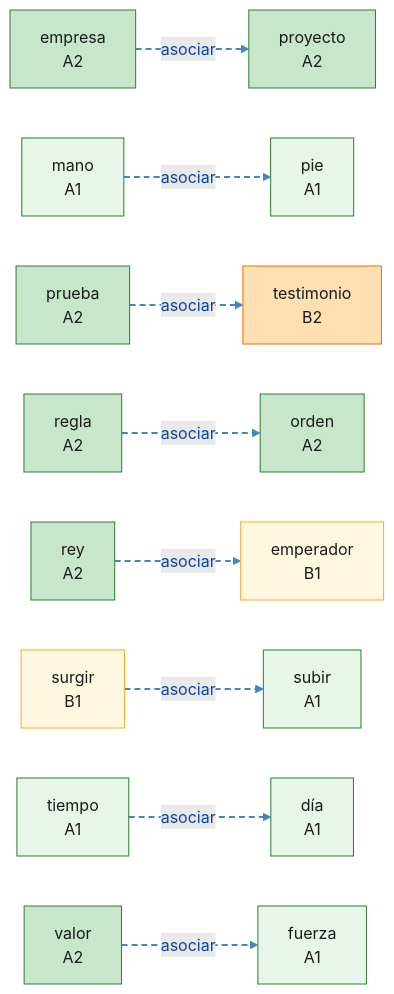
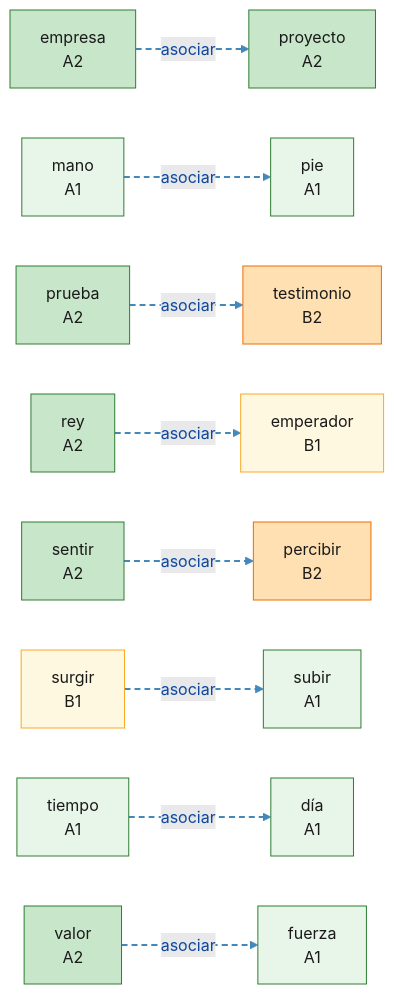
One commit to auding1900/es-raiz-vocab changed the diagram in mindmaps/asociar_m-z-2-3.md. Above: the diagram before and after it, drawn with Mermaid. The commit also changed other lines of this file and 28 other files, not shown here.

First line of the commit message:
feat(data): 新增 C5 词根导图：cern,discrim,select,elect,opt,arbit,scrut

````diff
--- a/mindmaps/asociar_m-z-2-3.md
+++ b/mindmaps/asociar_m-z-2-3.md
@@ -8,59 +8,59 @@
 ```mermaid
 graph LR
   W_dia["día<br/>A1"]:::lvlA1
   W_emperador["emperador<br/>B1"]:::lvlB1
   W_empresa["empresa<br/>A2"]:::lvlA2
   W_fuerza["fuerza<br/>A1"]:::lvlA1
   W_mano["mano<br/>A1"]:::lvlA1
-  W_orden["orden<br/>A2"]:::lvlA2
+  W_percibir["percibir<br/>B2"]:::lvlB2
   W_pie["pie<br/>A1"]:::lvlA1
   W_proyecto["proyecto<br/>A2"]:::lvlA2
   W_prueba["prueba<br/>A2"]:::lvlA2
-  W_regla["regla<br/>A2"]:::lvlA2
   W_rey["rey<br/>A2"]:::lvlA2
+  W_sentir["sentir<br/>A2"]:::lvlA2
   W_subir["subir<br/>A1"]:::lvlA1
   W_surgir["surgir<br/>B1"]:::lvlB1
   W_testimonio["testimonio<br/>B2"]:::lvlB2
   W_tiempo["tiempo<br/>A1"]:::lvlA1
   W_valor["valor<br/>A2"]:::lvlA2
+  W_sentir -.->|asociar| W_percibir
   W_mano -.->|asociar| W_pie
   W_tiempo -.->|asociar| W_dia
   W_empresa -.->|asociar| W_proyecto
   W_surgir -.->|asociar| W_subir
   W_valor -.->|asociar| W_fuerza
   W_prueba -.->|asociar| W_testimonio
   W_rey -.->|asociar| W_emperador
-  W_regla -.->|asociar| W_orden
   linkStyle 0 stroke:#4488bb,stroke-width:2px,stroke-dasharray:6 4
   linkStyle 1 stroke:#4488bb,stroke-width:2px,stroke-dasharray:6 4
   linkStyle 2 stroke:#4488bb,stroke-width:2px,stroke-dasharray:6 4
   linkStyle 3 stroke:#4488bb,stroke-width:2px,stroke-dasharray:6 4
   linkStyle 4 stroke:#4488bb,stroke-width:2px,stroke-dasharray:6 4
   linkStyle 5 stroke:#4488bb,stroke-width:2px,stroke-dasharray:6 4
   linkStyle 6 stroke:#4488bb,stroke-width:2px,stroke-dasharray:6 4
   linkStyle 7 stroke:#4488bb,stroke-width:2px,stroke-dasharray:6 4
   classDef root fill:#bbdefb,stroke:#1565c0,stroke-width:2px,color:#0d47a1
   classDef lvlA1 fill:#e8f5e9,stroke:#2e7d32,color:#1a1a1a
   classDef lvlA2 fill:#c8e6c9,stroke:#2e7d32,color:#1a1a1a
   classDef lvlB1 fill:#fff8e1,stroke:#f9a825,color:#1a1a1a
   classDef lvlB2 fill:#ffe0b2,stroke:#ef6c00,color:#1a1a1a
   classDef lvlC1 fill:#ffccbc,stroke:#d84315,color:#1a1a1a
   classDef lvlC2 fill:#ffcdd2,stroke:#b71c1c,color:#1a1a1a
   classDef lvlNA fill:#f5f5f5,stroke:#9e9e9e,color:#424242
   click W_dia "https://www.doubao.com/chat?q=%E8%A5%BF%E7%8F%AD%E7%89%99%E8%AF%ADd%C3%ADa%EF%BC%8C%E8%AF%8D%E6%A0%B9dies%EF%BC%8C%E8%A7%A3%E9%87%8A%E8%AF%8D%E4%B9%89%E3%80%81DELE%E7%AD%89%E7%BA%A7%E3%80%81%E8%AF%AD%E4%BD%93%E3%80%81%E5%B8%B8%E7%94%A8%E6%90%AD%E9%85%8D%E3%80%81%E8%BF%91%E4%B9%89%E8%AF%8D%E8%BE%A8%E6%9E%90%EF%BC%8C%E5%B9%B6%E4%B8%94%E7%BB%992%E6%9D%A1%E6%9D%A5%E8%87%AA%E5%85%AC%E7%89%88%E8%A5%BF%E8%AF%AD%E6%96%87%E6%9C%AC%EF%BC%88Wikisource%2F%E5%8F%A4%E7%99%BB%E5%A0%A1%EF%BC%89%E7%9A%84%E8%87%AA%E7%84%B6%E4%BE%8B%E5%8F%A5%EF%BC%8C%E4%BE%8B%E5%8F%A5%E4%BC%98%E5%85%88%E9%80%89%E7%94%A8%E7%8E%B0%E4%BB%A3%E6%A0%87%E5%87%86%E8%A5%BF%E7%8F%AD%E7%89%99%E8%AF%AD%EF%BC%8C%E5%8F%A4%E4%BD%93%E4%BE%8B%E5%8F%A5%E6%A0%87%E6%B3%A8%E3%80%90arca%C3%ADsmo%E3%80%91" "豆包查询：día" _blank
   click W_emperador "https://www.doubao.com/chat?q=%E8%A5%BF%E7%8F%AD%E7%89%99%E8%AF%ADemperador%EF%BC%8C%E8%AF%8D%E6%A0%B9imper%EF%BC%8C%E8%A7%A3%E9%87%8A%E8%AF%8D%E4%B9%89%E3%80%81DELE%E7%AD%89%E7%BA%A7%E3%80%81%E8%AF%AD%E4%BD%93%E3%80%81%E5%B8%B8%E7%94%A8%E6%90%AD%E9%85%8D%E3%80%81%E8%BF%91%E4%B9%89%E8%AF%8D%E8%BE%A8%E6%9E%90%EF%BC%8C%E5%B9%B6%E4%B8%94%E7%BB%992%E6%9D%A1%E6%9D%A5%E8%87%AA%E5%85%AC%E7%89%88%E8%A5%BF%E8%AF%AD%E6%96%87%E6%9C%AC%EF%BC%88Wikisource%2F%E5%8F%A4%E7%99%BB%E5%A0%A1%EF%BC%89%E7%9A%84%E8%87%AA%E7%84%B6%E4%BE%8B%E5%8F%A5%EF%BC%8C%E4%BE%8B%E5%8F%A5%E4%BC%98%E5%85%88%E9%80%89%E7%94%A8%E7%8E%B0%E4%BB%A3%E6%A0%87%E5%87%86%E8%A5%BF%E7%8F%AD%E7%89%99%E8%AF%AD%EF%BC%8C%E5%8F%A4%E4%BD%93%E4%BE%8B%E5%8F%A5%E6%A0%87%E6%B3%A8%E3%80%90arca%C3%ADsmo%E3%80%91" "豆包查询：emperador" _blank
   click W_empresa "https://www.doubao.com/chat?q=%E8%A5%BF%E7%8F%AD%E7%89%99%E8%AF%ADempresa%EF%BC%8C%E8%AF%8D%E6%A0%B9prehend%EF%BC%8C%E8%A7%A3%E9%87%8A%E8%AF%8D%E4%B9%89%E3%80%81DELE%E7%AD%89%E7%BA%A7%E3%80%81%E8%AF%AD%E4%BD%93%E3%80%81%E5%B8%B8%E7%94%A8%E6%90%AD%E9%85%8D%E3%80%81%E8%BF%91%E4%B9%89%E8%AF%8D%E8%BE%A8%E6%9E%90%EF%BC%8C%E5%B9%B6%E4%B8%94%E7%BB%992%E6%9D%A1%E6%9D%A5%E8%87%AA%E5%85%AC%E7%89%88%E8%A5%BF%E8%AF%AD%E6%96%87%E6%9C%AC%EF%BC%88Wikisource%2F%E5%8F%A4%E7%99%BB%E5%A0%A1%EF%BC%89%E7%9A%84%E8%87%AA%E7%84%B6%E4%BE%8B%E5%8F%A5%EF%BC%8C%E4%BE%8B%E5%8F%A5%E4%BC%98%E5%85%88%E9%80%89%E7%94%A8%E7%8E%B0%E4%BB%A3%E6%A0%87%E5%87%86%E8%A5%BF%E7%8F%AD%E7%89%99%E8%AF%AD%EF%BC%8C%E5%8F%A4%E4%BD%93%E4%BE%8B%E5%8F%A5%E6%A0%87%E6%B3%A8%E3%80%90arca%C3%ADsmo%E3%80%91" "豆包查询：empresa" _blank
   click W_fuerza "https://www.doubao.com/chat?q=%E8%A5%BF%E7%8F%AD%E7%89%99%E8%AF%ADfuerza%EF%BC%8C%E8%AF%8D%E6%A0%B9fort%EF%BC%8C%E8%A7%A3%E9%87%8A%E8%AF%8D%E4%B9%89%E3%80%81DELE%E7%AD%89%E7%BA%A7%E3%80%81%E8%AF%AD%E4%BD%93%E3%80%81%E5%B8%B8%E7%94%A8%E6%90%AD%E9%85%8D%E3%80%81%E8%BF%91%E4%B9%89%E8%AF%8D%E8%BE%A8%E6%9E%90%EF%BC%8C%E5%B9%B6%E4%B8%94%E7%BB%992%E6%9D%A1%E6%9D%A5%E8%87%AA%E5%85%AC%E7%89%88%E8%A5%BF%E8%AF%AD%E6%96%87%E6%9C%AC%EF%BC%88Wikisource%2F%E5%8F%A4%E7%99%BB%E5%A0%A1%EF%BC%89%E7%9A%84%E8%87%AA%E7%84%B6%E4%BE%8B%E5%8F%A5%EF%BC%8C%E4%BE%8B%E5%8F%A5%E4%BC%98%E5%85%88%E9%80%89%E7%94%A8%E7%8E%B0%E4%BB%A3%E6%A0%87%E5%87%86%E8%A5%BF%E7%8F%AD%E7%89%99%E8%AF%AD%EF%BC%8C%E5%8F%A4%E4%BD%93%E4%BE%8B%E5%8F%A5%E6%A0%87%E6%B3%A8%E3%80%90arca%C3%ADsmo%E3%80%91" "豆包查询：fuerza" _blank
   click W_mano "https://www.doubao.com/chat?q=%E8%A5%BF%E7%8F%AD%E7%89%99%E8%AF%ADmano%EF%BC%8C%E8%AF%8D%E6%A0%B9man%EF%BC%8C%E8%A7%A3%E9%87%8A%E8%AF%8D%E4%B9%89%E3%80%81DELE%E7%AD%89%E7%BA%A7%E3%80%81%E8%AF%AD%E4%BD%93%E3%80%81%E5%B8%B8%E7%94%A8%E6%90%AD%E9%85%8D%E3%80%81%E8%BF%91%E4%B9%89%E8%AF%8D%E8%BE%A8%E6%9E%90%EF%BC%8C%E5%B9%B6%E4%B8%94%E7%BB%992%E6%9D%A1%E6%9D%A5%E8%87%AA%E5%85%AC%E7%89%88%E8%A5%BF%E8%AF%AD%E6%96%87%E6%9C%AC%EF%BC%88Wikisource%2F%E5%8F%A4%E7%99%BB%E5%A0%A1%EF%BC%89%E7%9A%84%E8%87%AA%E7%84%B6%E4%BE%8B%E5%8F%A5%EF%BC%8C%E4%BE%8B%E5%8F%A5%E4%BC%98%E5%85%88%E9%80%89%E7%94%A8%E7%8E%B0%E4%BB%A3%E6%A0%87%E5%87%86%E8%A5%BF%E7%8F%AD%E7%89%99%E8%AF%AD%EF%BC%8C%E5%8F%A4%E4%BD%93%E4%BE%8B%E5%8F%A5%E6%A0%87%E6%B3%A8%E3%80%90arca%C3%ADsmo%E3%80%91" "豆包查询：mano" _blank
-  click W_orden "https://www.doubao.com/chat?q=%E8%A5%BF%E7%8F%AD%E7%89%99%E8%AF%ADorden%EF%BC%8C%E8%AF%8D%E6%A0%B9ordin%EF%BC%8C%E8%A7%A3%E9%87%8A%E8%AF%8D%E4%B9%89%E3%80%81DELE%E7%AD%89%E7%BA%A7%E3%80%81%E8%AF%AD%E4%BD%93%E3%80%81%E5%B8%B8%E7%94%A8%E6%90%AD%E9%85%8D%E3%80%81%E8%BF%91%E4%B9%89%E8%AF%8D%E8%BE%A8%E6%9E%90%EF%BC%8C%E5%B9%B6%E4%B8%94%E7%BB%992%E6%9D%A1%E6%9D%A5%E8%87%AA%E5%85%AC%E7%89%88%E8%A5%BF%E8%AF%AD%E6%96%87%E6%9C%AC%EF%BC%88Wikisource%2F%E5%8F%A4%E7%99%BB%E5%A0%A1%EF%BC%89%E7%9A%84%E8%87%AA%E7%84%B6%E4%BE%8B%E5%8F%A5%EF%BC%8C%E4%BE%8B%E5%8F%A5%E4%BC%98%E5%85%88%E9%80%89%E7%94%A8%E7%8E%B0%E4%BB%A3%E6%A0%87%E5%87%86%E8%A5%BF%E7%8F%AD%E7%89%99%E8%AF%AD%EF%BC%8C%E5%8F%A4%E4%BD%93%E4%BE%8B%E5%8F%A5%E6%A0%87%E6%B3%A8%E3%80%90arca%C3%ADsmo%E3%80%91" "豆包查询：orden" _blank
+  click W_percibir "https://www.doubao.com/chat?q=%E8%A5%BF%E7%8F%AD%E7%89%99%E8%AF%ADpercibir%EF%BC%8C%E8%AF%8D%E6%A0%B9cap%EF%BC%8C%E8%A7%A3%E9%87%8A%E8%AF%8D%E4%B9%89%E3%80%81DELE%E7%AD%89%E7%BA%A7%E3%80%81%E8%AF%AD%E4%BD%93%E3%80%81%E5%B8%B8%E7%94%A8%E6%90%AD%E9%85%8D%E3%80%81%E8%BF%91%E4%B9%89%E8%AF%8D%E8%BE%A8%E6%9E%90%EF%BC%8C%E5%B9%B6%E4%B8%94%E7%BB%992%E6%9D%A1%E6%9D%A5%E8%87%AA%E5%85%AC%E7%89%88%E8%A5%BF%E8%AF%AD%E6%96%87%E6%9C%AC%EF%BC%88Wikisource%2F%E5%8F%A4%E7%99%BB%E5%A0%A1%EF%BC%89%E7%9A%84%E8%87%AA%E7%84%B6%E4%BE%8B%E5%8F%A5%EF%BC%8C%E4%BE%8B%E5%8F%A5%E4%BC%98%E5%85%88%E9%80%89%E7%94%A8%E7%8E%B0%E4%BB%A3%E6%A0%87%E5%87%86%E8%A5%BF%E7%8F%AD%E7%89%99%E8%AF%AD%EF%BC%8C%E5%8F%A4%E4%BD%93%E4%BE%8B%E5%8F%A5%E6%A0%87%E6%B3%A8%E3%80%90arca%C3%ADsmo%E3%80%91" "豆包查询：percibir" _blank
   click W_pie "https://www.doubao.com/chat?q=%E8%A5%BF%E7%8F%AD%E7%89%99%E8%AF%ADpie%EF%BC%8C%E8%AF%8D%E6%A0%B9ped%EF%BC%8C%E8%A7%A3%E9%87%8A%E8%AF%8D%E4%B9%89%E3%80%81DELE%E7%AD%89%E7%BA%A7%E3%80%81%E8%AF%AD%E4%BD%93%E3%80%81%E5%B8%B8%E7%94%A8%E6%90%AD%E9%85%8D%E3%80%81%E8%BF%91%E4%B9%89%E8%AF%8D%E8%BE%A8%E6%9E%90%EF%BC%8C%E5%B9%B6%E4%B8%94%E7%BB%992%E6%9D%A1%E6%9D%A5%E8%87%AA%E5%85%AC%E7%89%88%E8%A5%BF%E8%AF%AD%E6%96%87%E6%9C%AC%EF%BC%88Wikisource%2F%E5%8F%A4%E7%99%BB%E5%A0%A1%EF%BC%89%E7%9A%84%E8%87%AA%E7%84%B6%E4%BE%8B%E5%8F%A5%EF%BC%8C%E4%BE%8B%E5%8F%A5%E4%BC%98%E5%85%88%E9%80%89%E7%94%A8%E7%8E%B0%E4%BB%A3%E6%A0%87%E5%87%86%E8%A5%BF%E7%8F%AD%E7%89%99%E8%AF%AD%EF%BC%8C%E5%8F%A4%E4%BD%93%E4%BE%8B%E5%8F%A5%E6%A0%87%E6%B3%A8%E3%80%90arca%C3%ADsmo%E3%80%91" "豆包查询：pie" _blank
   click W_proyecto "https://www.doubao.com/chat?q=%E8%A5%BF%E7%8F%AD%E7%89%99%E8%AF%ADproyecto%EF%BC%8C%E8%AF%8D%E6%A0%B9jac%EF%BC%8C%E8%A7%A3%E9%87%8A%E8%AF%8D%E4%B9%89%E3%80%81DELE%E7%AD%89%E7%BA%A7%E3%80%81%E8%AF%AD%E4%BD%93%E3%80%81%E5%B8%B8%E7%94%A8%E6%90%AD%E9%85%8D%E3%80%81%E8%BF%91%E4%B9%89%E8%AF%8D%E8%BE%A8%E6%9E%90%EF%BC%8C%E5%B9%B6%E4%B8%94%E7%BB%992%E6%9D%A1%E6%9D%A5%E8%87%AA%E5%85%AC%E7%89%88%E8%A5%BF%E8%AF%AD%E6%96%87%E6%9C%AC%EF%BC%88Wikisource%2F%E5%8F%A4%E7%99%BB%E5%A0%A1%EF%BC%89%E7%9A%84%E8%87%AA%E7%84%B6%E4%BE%8B%E5%8F%A5%EF%BC%8C%E4%BE%8B%E5%8F%A5%E4%BC%98%E5%85%88%E9%80%89%E7%94%A8%E7%8E%B0%E4%BB%A3%E6%A0%87%E5%87%86%E8%A5%BF%E7%8F%AD%E7%89%99%E8%AF%AD%EF%BC%8C%E5%8F%A4%E4%BD%93%E4%BE%8B%E5%8F%A5%E6%A0%87%E6%B3%A8%E3%80%90arca%C3%ADsmo%E3%80%91" "豆包查询：proyecto" _blank
   click W_prueba "https://www.doubao.com/chat?q=%E8%A5%BF%E7%8F%AD%E7%89%99%E8%AF%ADprueba%EF%BC%8C%E8%AF%8D%E6%A0%B9prob%EF%BC%8C%E8%A7%A3%E9%87%8A%E8%AF%8D%E4%B9%89%E3%80%81DELE%E7%AD%89%E7%BA%A7%E3%80%81%E8%AF%AD%E4%BD%93%E3%80%81%E5%B8%B8%E7%94%A8%E6%90%AD%E9%85%8D%E3%80%81%E8%BF%91%E4%B9%89%E8%AF%8D%E8%BE%A8%E6%9E%90%EF%BC%8C%E5%B9%B6%E4%B8%94%E7%BB%992%E6%9D%A1%E6%9D%A5%E8%87%AA%E5%85%AC%E7%89%88%E8%A5%BF%E8%AF%AD%E6%96%87%E6%9C%AC%EF%BC%88Wikisource%2F%E5%8F%A4%E7%99%BB%E5%A0%A1%EF%BC%89%E7%9A%84%E8%87%AA%E7%84%B6%E4%BE%8B%E5%8F%A5%EF%BC%8C%E4%BE%8B%E5%8F%A5%E4%BC%98%E5%85%88%E9%80%89%E7%94%A8%E7%8E%B0%E4%BB%A3%E6%A0%87%E5%87%86%E8%A5%BF%E7%8F%AD%E7%89%99%E8%AF%AD%EF%BC%8C%E5%8F%A4%E4%BD%93%E4%BE%8B%E5%8F%A5%E6%A0%87%E6%B3%A8%E3%80%90arca%C3%ADsmo%E3%80%91" "豆包查询：prueba" _blank
-  click W_regla "https://www.doubao.com/chat?q=%E8%A5%BF%E7%8F%AD%E7%89%99%E8%AF%ADregla%EF%BC%8C%E8%AF%8D%E6%A0%B9reg%EF%BC%8C%E8%A7%A3%E9%87%8A%E8%AF%8D%E4%B9%89%E3%80%81DELE%E7%AD%89%E7%BA%A7%E3%80%81%E8%AF%AD%E4%BD%93%E3%80%81%E5%B8%B8%E7%94%A8%E6%90%AD%E9%85%8D%E3%80%81%E8%BF%91%E4%B9%89%E8%AF%8D%E8%BE%A8%E6%9E%90%EF%BC%8C%E5%B9%B6%E4%B8%94%E7%BB%992%E6%9D%A1%E6%9D%A5%E8%87%AA%E5%85%AC%E7%89%88%E8%A5%BF%E8%AF%AD%E6%96%87%E6%9C%AC%EF%BC%88Wikisource%2F%E5%8F%A4%E7%99%BB%E5%A0%A1%EF%BC%89%E7%9A%84%E8%87%AA%E7%84%B6%E4%BE%8B%E5%8F%A5%EF%BC%8C%E4%BE%8B%E5%8F%A5%E4%BC%98%E5%85%88%E9%80%89%E7%94%A8%E7%8E%B0%E4%BB%A3%E6%A0%87%E5%87%86%E8%A5%BF%E7%8F%AD%E7%89%99%E8%AF%AD%EF%BC%8C%E5%8F%A4%E4%BD%93%E4%BE%8B%E5%8F%A5%E6%A0%87%E6%B3%A8%E3%80%90arca%C3%ADsmo%E3%80%91" "豆包查询：regla" _blank
   click W_rey "https://www.doubao.com/chat?q=%E8%A5%BF%E7%8F%AD%E7%89%99%E8%AF%ADrey%EF%BC%8C%E8%AF%8D%E6%A0%B9reg%EF%BC%8C%E8%A7%A3%E9%87%8A%E8%AF%8D%E4%B9%89%E3%80%81DELE%E7%AD%89%E7%BA%A7%E3%80%81%E8%AF%AD%E4%BD%93%E3%80%81%E5%B8%B8%E7%94%A8%E6%90%AD%E9%85%8D%E3%80%81%E8%BF%91%E4%B9%89%E8%AF%8D%E8%BE%A8%E6%9E%90%EF%BC%8C%E5%B9%B6%E4%B8%94%E7%BB%992%E6%9D%A1%E6%9D%A5%E8%87%AA%E5%85%AC%E7%89%88%E8%A5%BF%E8%AF%AD%E6%96%87%E6%9C%AC%EF%BC%88Wikisource%2F%E5%8F%A4%E7%99%BB%E5%A0%A1%EF%BC%89%E7%9A%84%E8%87%AA%E7%84%B6%E4%BE%8B%E5%8F%A5%EF%BC%8C%E4%BE%8B%E5%8F%A5%E4%BC%98%E5%85%88%E9%80%89%E7%94%A8%E7%8E%B0%E4%BB%A3%E6%A0%87%E5%87%86%E8%A5%BF%E7%8F%AD%E7%89%99%E8%AF%AD%EF%BC%8C%E5%8F%A4%E4%BD%93%E4%BE%8B%E5%8F%A5%E6%A0%87%E6%B3%A8%E3%80%90arca%C3%ADsmo%E3%80%91" "豆包查询：rey" _blank
+  click W_sentir "https://www.doubao.com/chat?q=%E8%A5%BF%E7%8F%AD%E7%89%99%E8%AF%ADsentir%EF%BC%8C%E8%AF%8D%E6%A0%B9sent%EF%BC%8C%E8%A7%A3%E9%87%8A%E8%AF%8D%E4%B9%89%E3%80%81DELE%E7%AD%89%E7%BA%A7%E3%80%81%E8%AF%AD%E4%BD%93%E3%80%81%E5%B8%B8%E7%94%A8%E6%90%AD%E9%85%8D%E3%80%81%E8%BF%91%E4%B9%89%E8%AF%8D%E8%BE%A8%E6%9E%90%EF%BC%8C%E5%B9%B6%E4%B8%94%E7%BB%992%E6%9D%A1%E6%9D%A5%E8%87%AA%E5%85%AC%E7%89%88%E8%A5%BF%E8%AF%AD%E6%96%87%E6%9C%AC%EF%BC%88Wikisource%2F%E5%8F%A4%E7%99%BB%E5%A0%A1%EF%BC%89%E7%9A%84%E8%87%AA%E7%84%B6%E4%BE%8B%E5%8F%A5%EF%BC%8C%E4%BE%8B%E5%8F%A5%E4%BC%98%E5%85%88%E9%80%89%E7%94%A8%E7%8E%B0%E4%BB%A3%E6%A0%87%E5%87%86%E8%A5%BF%E7%8F%AD%E7%89%99%E8%AF%AD%EF%BC%8C%E5%8F%A4%E4%BD%93%E4%BE%8B%E5%8F%A5%E6%A0%87%E6%B3%A8%E3%80%90arca%C3%ADsmo%E3%80%91" "豆包查询：sentir" _blank
   click W_subir "https://www.doubao.com/chat?q=%E8%A5%BF%E7%8F%AD%E7%89%99%E8%AF%ADsubir%EF%BC%8C%E8%AF%8D%E6%A0%B9ire%EF%BC%8C%E8%A7%A3%E9%87%8A%E8%AF%8D%E4%B9%89%E3%80%81DELE%E7%AD%89%E7%BA%A7%E3%80%81%E8%AF%AD%E4%BD%93%E3%80%81%E5%B8%B8%E7%94%A8%E6%90%AD%E9%85%8D%E3%80%81%E8%BF%91%E4%B9%89%E8%AF%8D%E8%BE%A8%E6%9E%90%EF%BC%8C%E5%B9%B6%E4%B8%94%E7%BB%992%E6%9D%A1%E6%9D%A5%E8%87%AA%E5%85%AC%E7%89%88%E8%A5%BF%E8%AF%AD%E6%96%87%E6%9C%AC%EF%BC%88Wikisource%2F%E5%8F%A4%E7%99%BB%E5%A0%A1%EF%BC%89%E7%9A%84%E8%87%AA%E7%84%B6%E4%BE%8B%E5%8F%A5%EF%BC%8C%E4%BE%8B%E5%8F%A5%E4%BC%98%E5%85%88%E9%80%89%E7%94%A8%E7%8E%B0%E4%BB%A3%E6%A0%87%E5%87%86%E8%A5%BF%E7%8F%AD%E7%89%99%E8%AF%AD%EF%BC%8C%E5%8F%A4%E4%BD%93%E4%BE%8B%E5%8F%A5%E6%A0%87%E6%B3%A8%E3%80%90arca%C3%ADsmo%E3%80%91" "豆包查询：subir" _blank
   click W_surgir "https://www.doubao.com/chat?q=%E8%A5%BF%E7%8F%AD%E7%89%99%E8%AF%ADsurgir%EF%BC%8C%E8%AF%8D%E6%A0%B9surg%EF%BC%8C%E8%A7%A3%E9%87%8A%E8%AF%8D%E4%B9%89%E3%80%81DELE%E7%AD%89%E7%BA%A7%E3%80%81%E8%AF%AD%E4%BD%93%E3%80%81%E5%B8%B8%E7%94%A8%E6%90%AD%E9%85%8D%E3%80%81%E8%BF%91%E4%B9%89%E8%AF%8D%E8%BE%A8%E6%9E%90%EF%BC%8C%E5%B9%B6%E4%B8%94%E7%BB%992%E6%9D%A1%E6%9D%A5%E8%87%AA%E5%85%AC%E7%89%88%E8%A5%BF%E8%AF%AD%E6%96%87%E6%9C%AC%EF%BC%88Wikisource%2F%E5%8F%A4%E7%99%BB%E5%A0%A1%EF%BC%89%E7%9A%84%E8%87%AA%E7%84%B6%E4%BE%8B%E5%8F%A5%EF%BC%8C%E4%BE%8B%E5%8F%A5%E4%BC%98%E5%85%88%E9%80%89%E7%94%A8%E7%8E%B0%E4%BB%A3%E6%A0%87%E5%87%86%E8%A5%BF%E7%8F%AD%E7%89%99%E8%AF%AD%EF%BC%8C%E5%8F%A4%E4%BD%93%E4%BE%8B%E5%8F%A5%E6%A0%87%E6%B3%A8%E3%80%90arca%C3%ADsmo%E3%80%91" "豆包查询：surgir" _blank
   click W_testimonio "https://www.doubao.com/chat?q=%E8%A5%BF%E7%8F%AD%E7%89%99%E8%AF%ADtestimonio%EF%BC%8C%E8%AF%8D%E6%A0%B9test%EF%BC%8C%E8%A7%A3%E9%87%8A%E8%AF%8D%E4%B9%89%E3%80%81DELE%E7%AD%89%E7%BA%A7%E3%80%81%E8%AF%AD%E4%BD%93%E3%80%81%E5%B8%B8%E7%94%A8%E6%90%AD%E9%85%8D%E3%80%81%E8%BF%91%E4%B9%89%E8%AF%8D%E8%BE%A8%E6%9E%90%EF%BC%8C%E5%B9%B6%E4%B8%94%E7%BB%992%E6%9D%A1%E6%9D%A5%E8%87%AA%E5%85%AC%E7%89%88%E8%A5%BF%E8%AF%AD%E6%96%87%E6%9C%AC%EF%BC%88Wikisource%2F%E5%8F%A4%E7%99%BB%E5%A0%A1%EF%BC%89%E7%9A%84%E8%87%AA%E7%84%B6%E4%BE%8B%E5%8F%A5%EF%BC%8C%E4%BE%8B%E5%8F%A5%E4%BC%98%E5%85%88%E9%80%89%E7%94%A8%E7%8E%B0%E4%BB%A3%E6%A0%87%E5%87%86%E8%A5%BF%E7%8F%AD%E7%89%99%E8%AF%AD%EF%BC%8C%E5%8F%A4%E4%BD%93%E4%BE%8B%E5%8F%A5%E6%A0%87%E6%B3%A8%E3%80%90arca%C3%ADsmo%E3%80%91" "豆包查询：testimonio" _blank
   click W_tiempo "https://www.doubao.com/chat?q=%E8%A5%BF%E7%8F%AD%E7%89%99%E8%AF%ADtiempo%EF%BC%8C%E8%AF%8D%E6%A0%B9temp%EF%BC%8C%E8%A7%A3%E9%87%8A%E8%AF%8D%E4%B9%89%E3%80%81DELE%E7%AD%89%E7%BA%A7%E3%80%81%E8%AF%AD%E4%BD%93%E3%80%81%E5%B8%B8%E7%94%A8%E6%90%AD%E9%85%8D%E3%80%81%E8%BF%91%E4%B9%89%E8%AF%8D%E8%BE%A8%E6%9E%90%EF%BC%8C%E5%B9%B6%E4%B8%94%E7%BB%992%E6%9D%A1%E6%9D%A5%E8%87%AA%E5%85%AC%E7%89%88%E8%A5%BF%E8%AF%AD%E6%96%87%E6%9C%AC%EF%BC%88Wikisource%2F%E5%8F%A4%E7%99%BB%E5%A0%A1%EF%BC%89%E7%9A%84%E8%87%AA%E7%84%B6%E4%BE%8B%E5%8F%A5%EF%BC%8C%E4%BE%8B%E5%8F%A5%E4%BC%98%E5%85%88%E9%80%89%E7%94%A8%E7%8E%B0%E4%BB%A3%E6%A0%87%E5%87%86%E8%A5%BF%E7%8F%AD%E7%89%99%E8%AF%AD%EF%BC%8C%E5%8F%A4%E4%BD%93%E4%BE%8B%E5%8F%A5%E6%A0%87%E6%B3%A8%E3%80%90arca%C3%ADsmo%E3%80%91" "豆包查询：tiempo" _blank
   click W_valor "https://www.doubao.com/chat?q=%E8%A5%BF%E7%8F%AD%E7%89%99%E8%AF%ADvalor%EF%BC%8C%E8%AF%8D%E6%A0%B9val%EF%BC%8C%E8%A7%A3%E9%87%8A%E8%AF%8D%E4%B9%89%E3%80%81DELE%E7%AD%89%E7%BA%A7%E3%80%81%E8%AF%AD%E4%BD%93%E3%80%81%E5%B8%B8%E7%94%A8%E6%90%AD%E9%85%8D%E3%80%81%E8%BF%91%E4%B9%89%E8%AF%8D%E8%BE%A8%E6%9E%90%EF%BC%8C%E5%B9%B6%E4%B8%94%E7%BB%992%E6%9D%A1%E6%9D%A5%E8%87%AA%E5%85%AC%E7%89%88%E8%A5%BF%E8%AF%AD%E6%96%87%E6%9C%AC%EF%BC%88Wikisource%2F%E5%8F%A4%E7%99%BB%E5%A0%A1%EF%BC%89%E7%9A%84%E8%87%AA%E7%84%B6%E4%BE%8B%E5%8F%A5%EF%BC%8C%E4%BE%8B%E5%8F%A5%E4%BC%98%E5%85%88%E9%80%89%E7%94%A8%E7%8E%B0%E4%BB%A3%E6%A0%87%E5%87%86%E8%A5%BF%E7%8F%AD%E7%89%99%E8%AF%AD%EF%BC%8C%E5%8F%A4%E4%BD%93%E4%BE%8B%E5%8F%A5%E6%A0%87%E6%B3%A8%E3%80%90arca%C3%ADsmo%E3%80%91" "豆包查询：valor" _blank
 ```
````
